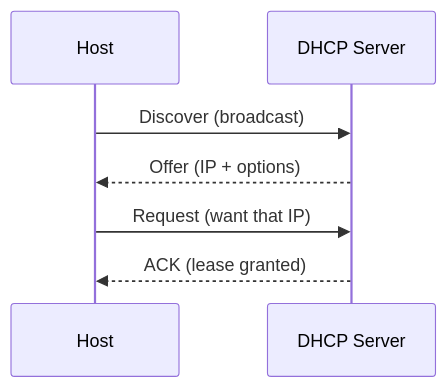
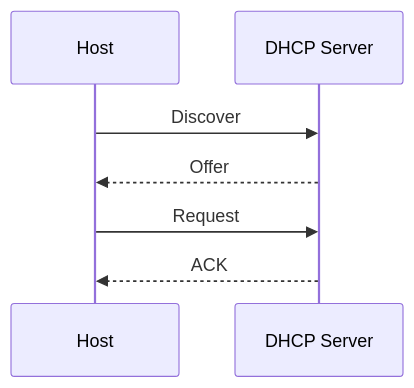
Diagram 11 of 16 in learning/11-protocols-reference.md (omnayak27199/pktana), drawn with Mermaid before and after one commit. The commit also changed other lines of this file and 14 other files, not shown here.

First line of the commit message:
docs: rewrite Learn path with diagrams, quizzes, and protocol links

````diff
--- a/learning/11-protocols-reference.md
+++ b/learning/11-protocols-reference.md
@@ -273,9 +253,9 @@
 ```mermaid
 sequenceDiagram
-  participant Host
-  participant Server as DHCP Server
-  Host->>Server: Discover (broadcast)
-  Server-->>Host: Offer (IP + options)
-  Host->>Server: Request (want that IP)
-  Server-->>Host: ACK (lease granted)
+  participant H as Host
+  participant S as DHCP Server
+  H->>S: Discover
+  S-->>H: Offer
+  H->>S: Request
+  S-->>H: ACK
 ```
````
